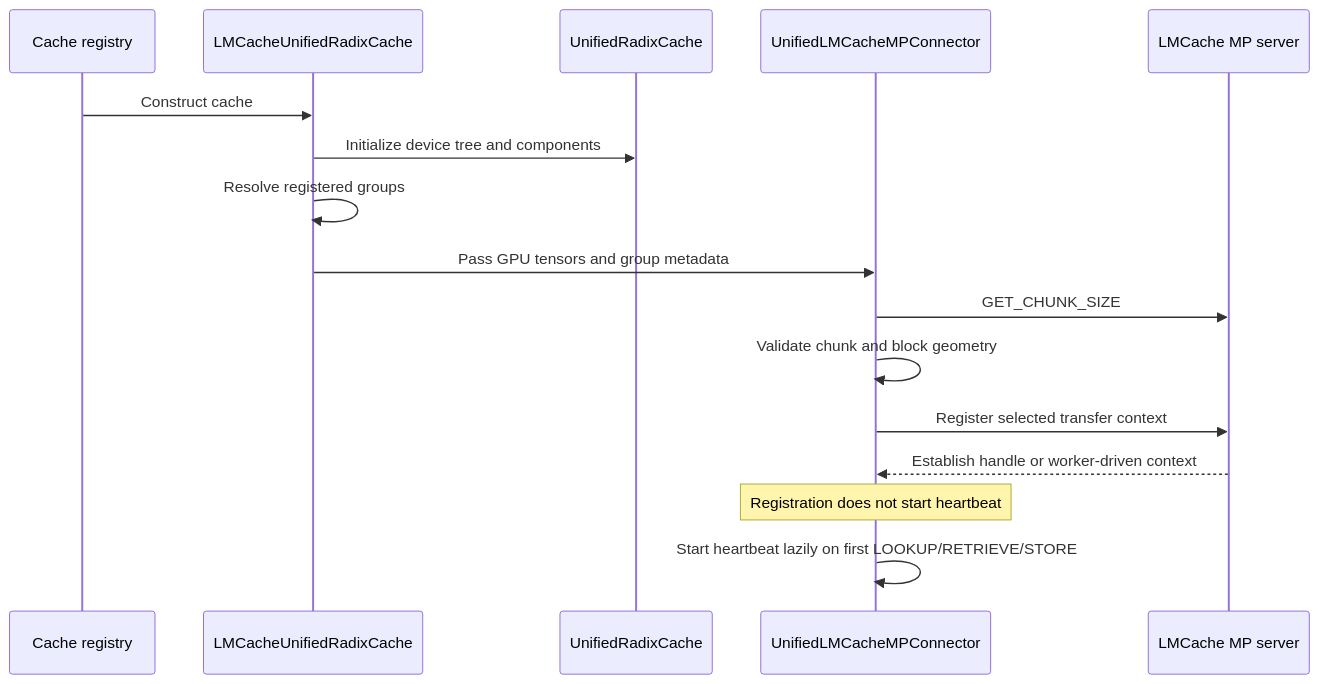
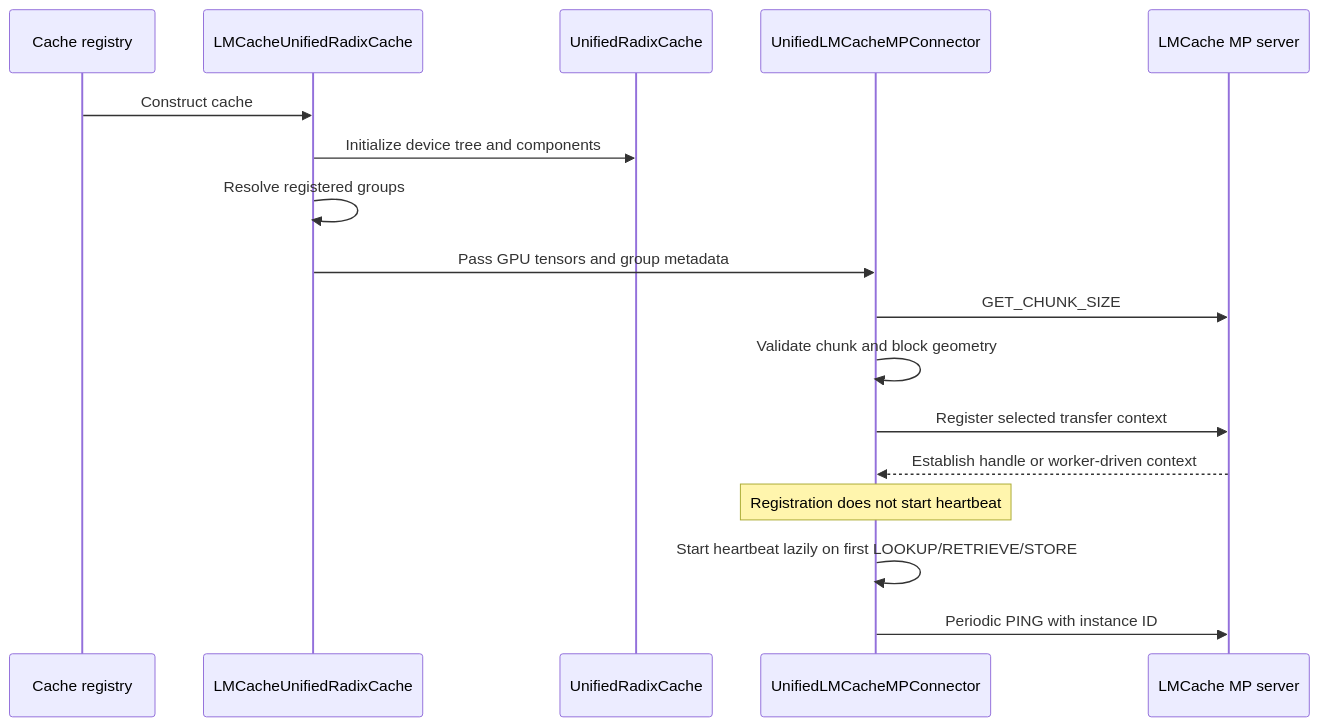
Before and after one commit to LMCache/LMCache: the first of 3 diagrams in docs/design/integration/sglang/lmcache-unified-radix-cache.md, drawn with Mermaid. The commit also changed other lines of this file and 3 other files, not shown here.

````diff
--- a/docs/design/integration/sglang/lmcache-unified-radix-cache.md
+++ b/docs/design/integration/sglang/lmcache-unified-radix-cache.md
@@ -140,19 +140,20 @@
 ```mermaid
 sequenceDiagram
     participant R as Cache registry
     participant C as LMCacheUnifiedRadixCache
     participant U as UnifiedRadixCache
     participant M as UnifiedLMCacheMPConnector
     participant S as LMCache MP server
 
     R->>C: Construct cache
     C->>U: Initialize device tree and components
     C->>C: Resolve registered groups
     C->>M: Pass GPU tensors and group metadata
     M->>S: GET_CHUNK_SIZE
     M->>M: Validate chunk and block geometry
     M->>S: Register selected transfer context
     S-->>M: Establish handle or worker-driven context
     Note over M: Registration does not start heartbeat
     M->>M: Start heartbeat lazily on first LOOKUP/RETRIEVE/STORE
+    M->>S: Periodic PING with instance ID
 ```
````
